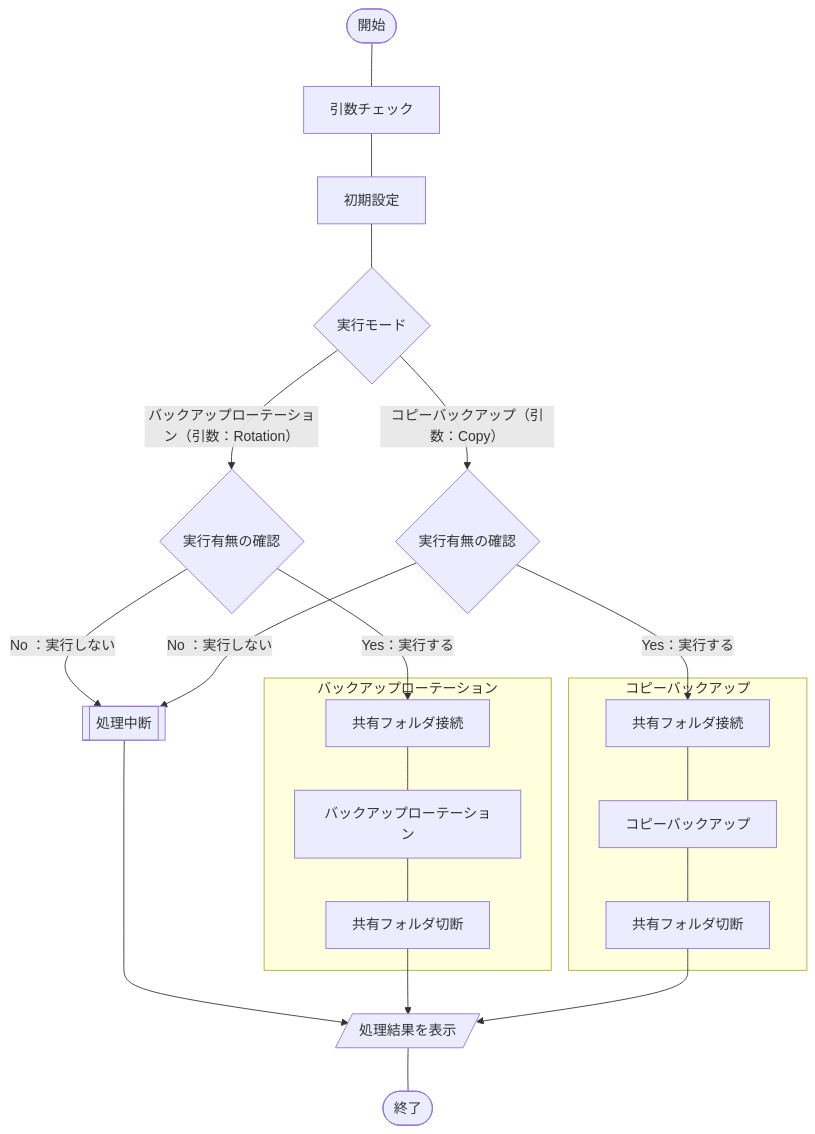
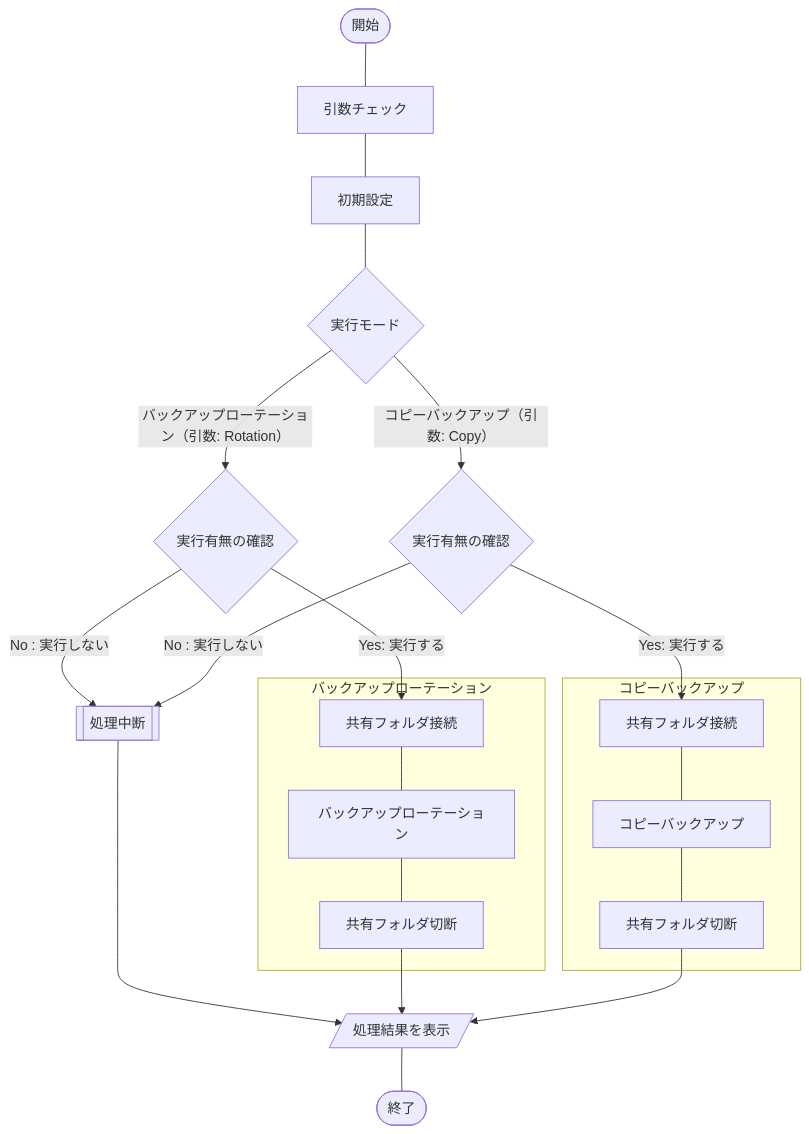
The second of 2 diagrams in articles/d93f7608754bff.md (akiGAMEBOY/haretokidoki_zn), drawn with Mermaid before and after one commit. The commit also changed other lines of this file and 23 other files, not shown here.

````diff
--- a/articles/d93f7608754bff.md
+++ b/articles/d93f7608754bff.md
@@ -50,24 +50,24 @@
 ```mermaid
 flowchart TB
     A(["開始"]) --- B["引数チェック"]
     B --- C["初期設定"]
     C --- D{"実行モード"}
-    D --> |"バックアップローテーション（引数：Rotation）"| E{"実行有無の確認"}
-    E --> |"Yes：実行する"| F["共有フォルダ接続"]
-    E --> |"No ：実行しない"| M[["処理中断"]]
-    D --> |"コピーバックアップ（引数：Copy）"| I{"実行有無の確認"}
-    I --> |"Yes：実行する"| J["共有フォルダ接続"]
-    I --> |"No ：実行しない"| M[["処理中断"]]
+    D --> |"バックアップローテーション（引数: Rotation）"| E{"実行有無の確認"}
+    E --> |"Yes: 実行する"| F["共有フォルダ接続"]
+    E --> |"No : 実行しない"| M[["処理中断"]]
+    D --> |"コピーバックアップ（引数: Copy）"| I{"実行有無の確認"}
+    I --> |"Yes: 実行する"| J["共有フォルダ接続"]
+    I --> |"No : 実行しない"| M[["処理中断"]]
     subgraph "バックアップローテーション"
     F --- G["バックアップローテーション"]
     G --- H["共有フォルダ切断"]
     end
     subgraph "コピーバックアップ"
     J --- K["コピーバックアップ"]
     K --- L["共有フォルダ切断"]
     end
     M -->  O[/"処理結果を表示"/]
     H -->  O
     L -->  O
     O --- P(["終了"])
 ```
````
